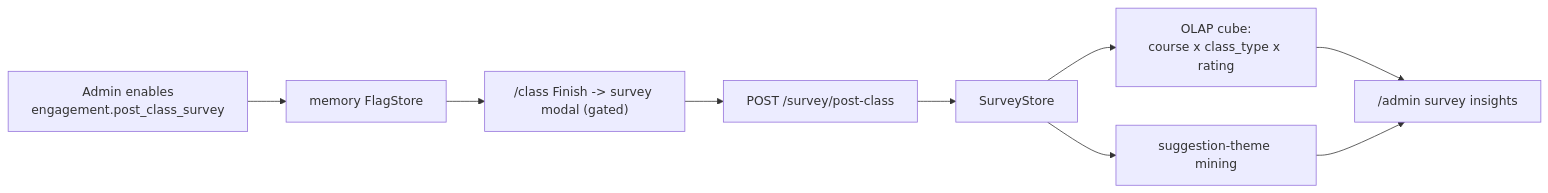
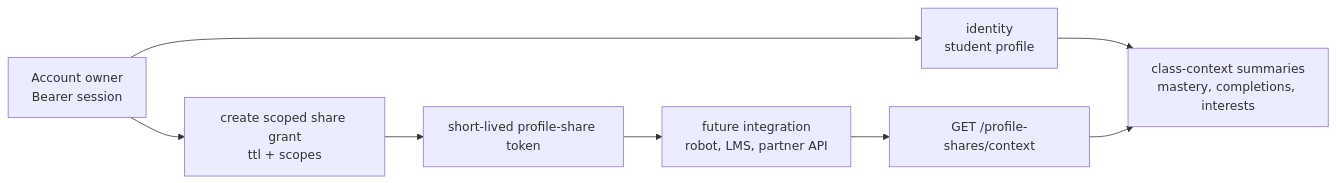
Before and after one commit to Channarith/getschoolled: the third of 3 diagrams in README.md, drawn with Mermaid. The commit also changed other lines of this file and 2 other files, not shown here.

````diff
--- a/README.md
+++ b/README.md
@@ -464,11 +116,10 @@
 ```mermaid
 flowchart LR
-  ADM["Admin enables<br/>engagement.post_class_survey"] --> FL["memory FlagStore"]
-  FL --> CLS["/class Finish -> survey modal (gated)"]
-  CLS --> SUB["POST /survey/post-class"]
-  SUB --> ST["SurveyStore"]
-  ST --> MART["OLAP cube:<br/>course x class_type x rating"]
-  ST --> MINE["suggestion-theme mining"]
-  MART --> INS["/admin survey insights"]
-  MINE --> INS
+  OWNER["Account owner<br/>Bearer session"] --> ID1["identity<br/>student profile"]
+  ID1 --> CTX["class-context summaries<br/>mastery, completions, interests"]
+  OWNER --> GRANT["create scoped share grant<br/>ttl + scopes"]
+  GRANT --> TOKEN["short-lived profile-share token"]
+  TOKEN --> PARTNER["future integration<br/>robot, LMS, partner API"]
+  PARTNER --> READ["GET /profile-shares/context"]
+  READ --> CTX
 ```
````
